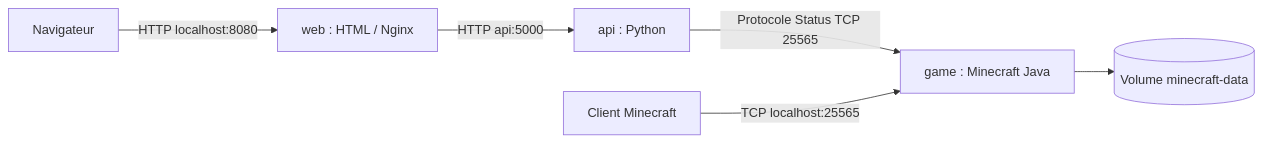
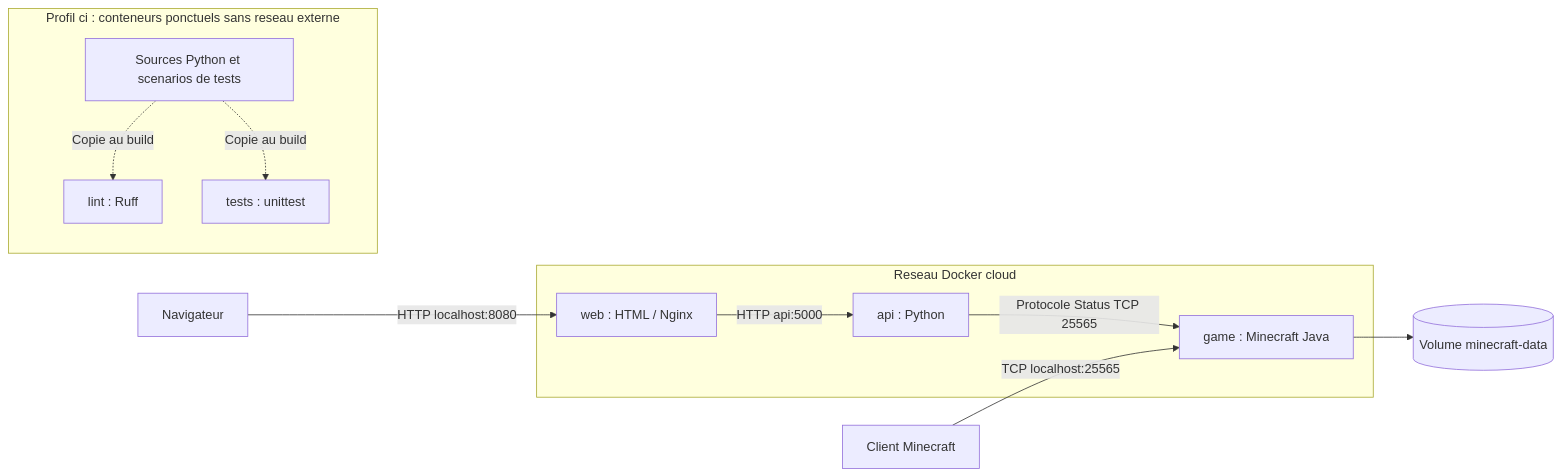
The diagram in README.md (edgouille/dev-docker), drawn with Mermaid before and after one commit. The commit also changed other lines of this file and 1 other file, not shown here.

````diff
--- a/README.md
+++ b/README.md
@@ -37,8 +45,18 @@
 ```mermaid
 flowchart LR
+    subgraph cloud[Reseau Docker cloud]
+        Web[web : HTML / Nginx]
+        API[api : Python]
+        Game[game : Minecraft Java]
+    end
     Browser[Navigateur] -->|HTTP localhost:8080| Web[web : HTML / Nginx]
     Web -->|HTTP api:5000| API[api : Python]
     API -->|Protocole Status TCP 25565| Game[game : Minecraft Java]
     Player[Client Minecraft] -->|TCP localhost:25565| Game
     Game --> World[(Volume minecraft-data)]
+    subgraph ci[Profil ci : conteneurs ponctuels sans reseau externe]
+        Sources[Sources Python et scenarios de tests]
+        Sources -. Copie au build .-> Lint[lint : Ruff]
+        Sources -. Copie au build .-> Tests[tests : unittest]
+    end
 ```
````
